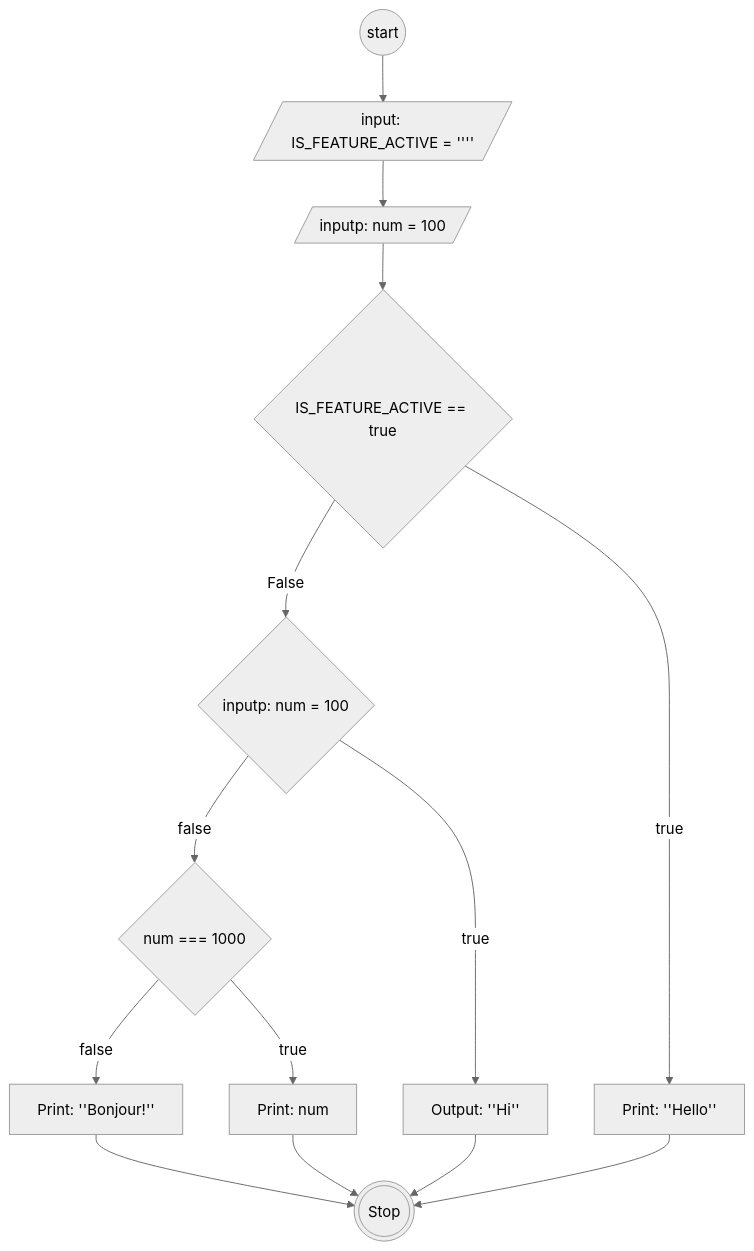
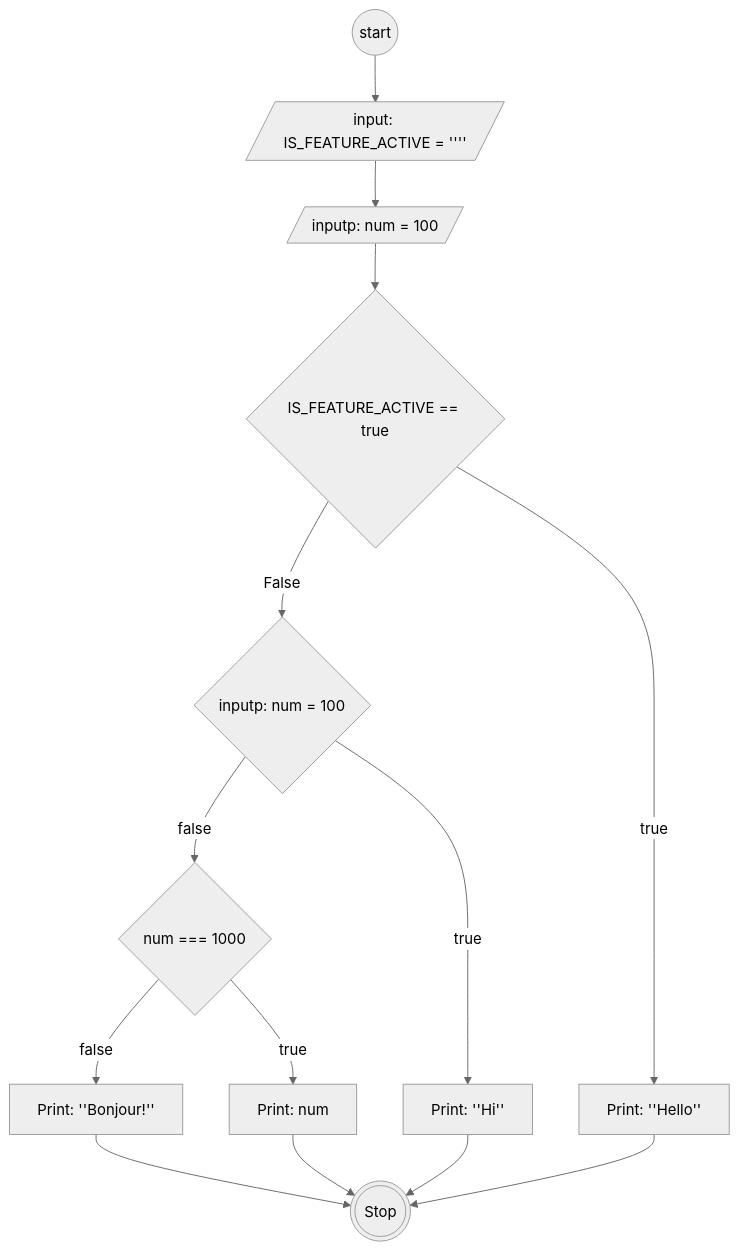
The diagram in flowchart-switch.md (AbiPasundan/koda-b6-javascript1), drawn with Mermaid (neutral theme) before and after one commit.

````diff
--- a/flowchart-switch.md
+++ b/flowchart-switch.md
@@ -3,25 +3,25 @@
 ```mermaid
     flowchart TB
         Start@{ shape: circ, label: "start"}
         IS_FEATURE_ACTIVE@{ shape: lean-r, label: "input: IS_FEATURE_ACTIVE = ''''"}
         num@{ shape: lean-r, label: "inputp: num = 100"}
 
         CaseTrue@{ shape: diamond, label: "IS_FEATURE_ACTIVE == true"}
         OutputTrue@{ shape: rect, label: "Print: ''Hello''"}
 
         CaseFalse@{ shape: diamond, label: "inputp: num = 100"}
-        OutputFalse@{ shape: rect, label: "Output: ''Hi''"}
+        OutputFalse@{ shape: rect, label: "Print: ''Hi''"}
 
         Default@{ shape: diamond, label: "num === 1000"}
         DefaultTrue@{ shape: rect, label: "Print: num"}
         DefaultFalse@{ shape: rect, label: "Print: ''Bonjour!''"}
 
         Stop@{ shape: dbl-circ, label: "Stop"}
 
     Start-->IS_FEATURE_ACTIVE-->num-->CaseTrue-->|False|CaseFalse-->|false|Default-->|false|DefaultFalse-->Stop
 
     CaseTrue-->|true|OutputTrue-->Stop
     CaseFalse-->|true|OutputFalse-->Stop
 
     Default-->|true|DefaultTrue-->Stop
 ```
````
